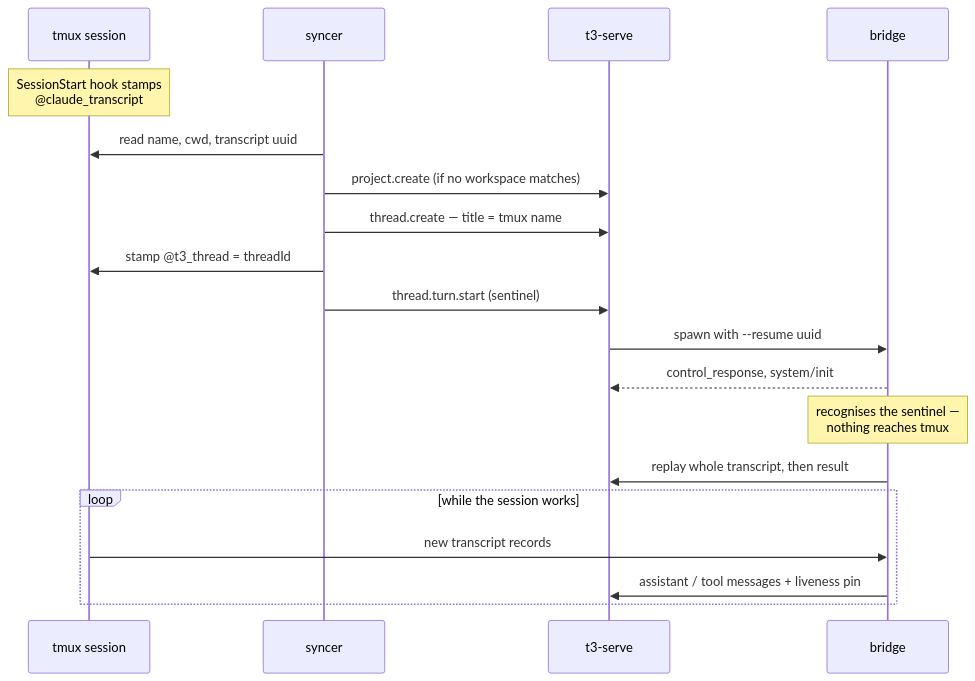
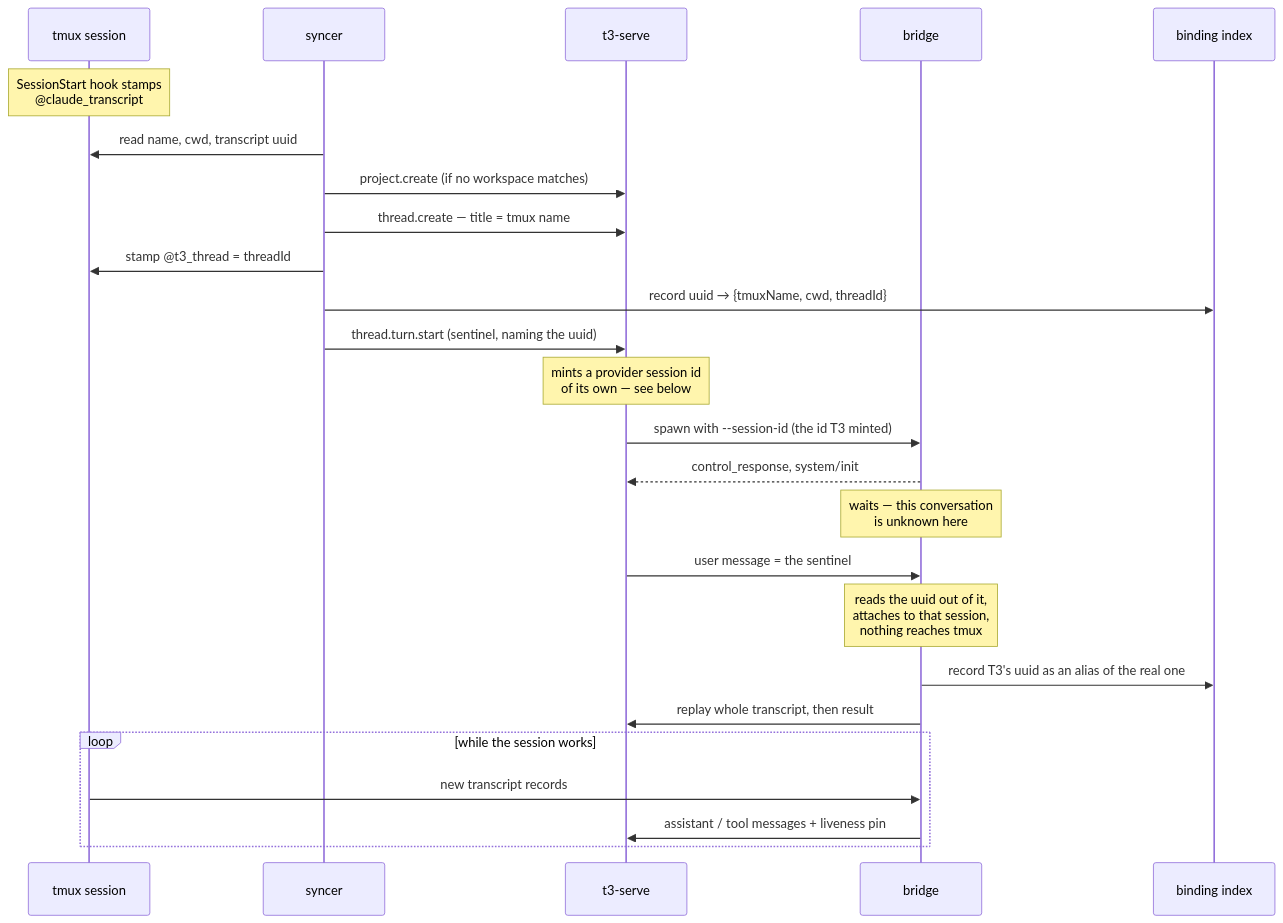
The second of 3 diagrams in docs/plans/2026-08-15-t3-code-bridge-design.md (ViktorBarzin/terminal-lobby), drawn with Mermaid before and after one commit. The commit also changed other lines of this file and 30 other files, not shown here.

First line of the commit message:
fix(t3): make the bridge mirror the right session, and only ever one Claude

````diff
--- a/docs/plans/2026-08-15-t3-code-bridge-design.md
+++ b/docs/plans/2026-08-15-t3-code-bridge-design.md
@@ -142,22 +176,28 @@
 ```mermaid
 sequenceDiagram
   participant TMUX as tmux session
   participant SY as syncer
   participant T3 as t3-serve
   participant BR as bridge
+  participant IX as binding index
 
   Note over TMUX: SessionStart hook stamps<br/>@claude_transcript
   SY->>TMUX: read name, cwd, transcript uuid
   SY->>T3: project.create (if no workspace matches)
   SY->>T3: thread.create — title = tmux name
   SY->>TMUX: stamp @t3_thread = threadId
-  SY->>T3: thread.turn.start (sentinel)
-  T3->>BR: spawn with --resume uuid
+  SY->>IX: record uuid → {tmuxName, cwd, threadId}
+  SY->>T3: thread.turn.start (sentinel, naming the uuid)
+  Note over T3: mints a provider session id<br/>of its own — see below
+  T3->>BR: spawn with --session-id (the id T3 minted)
   BR-->>T3: control_response, system/init
-  Note over BR: recognises the sentinel —<br/>nothing reaches tmux
+  Note over BR: waits — this conversation<br/>is unknown here
+  T3->>BR: user message = the sentinel
+  Note over BR: reads the uuid out of it,<br/>attaches to that session,<br/>nothing reaches tmux
+  BR->>IX: record T3's uuid as an alias of the real one
   BR->>T3: replay whole transcript, then result
   loop while the session works
     TMUX->>BR: new transcript records
     BR->>T3: assistant / tool messages + liveness pin
   end
 ```
````
